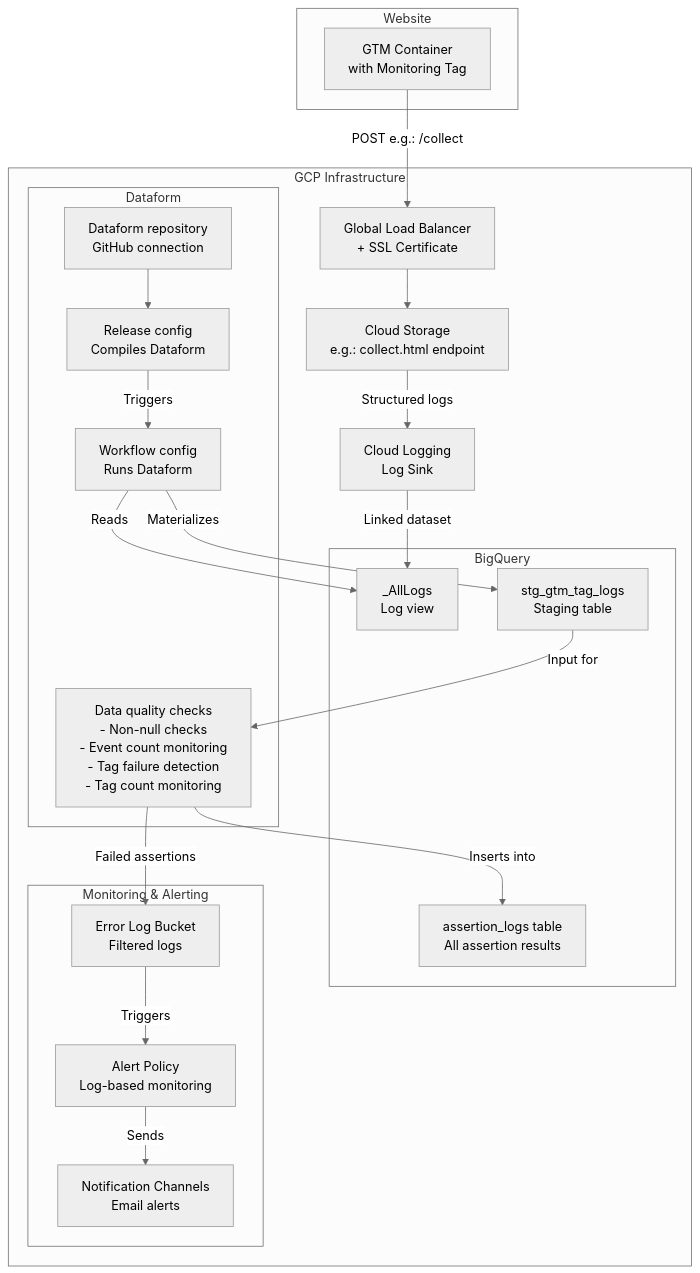
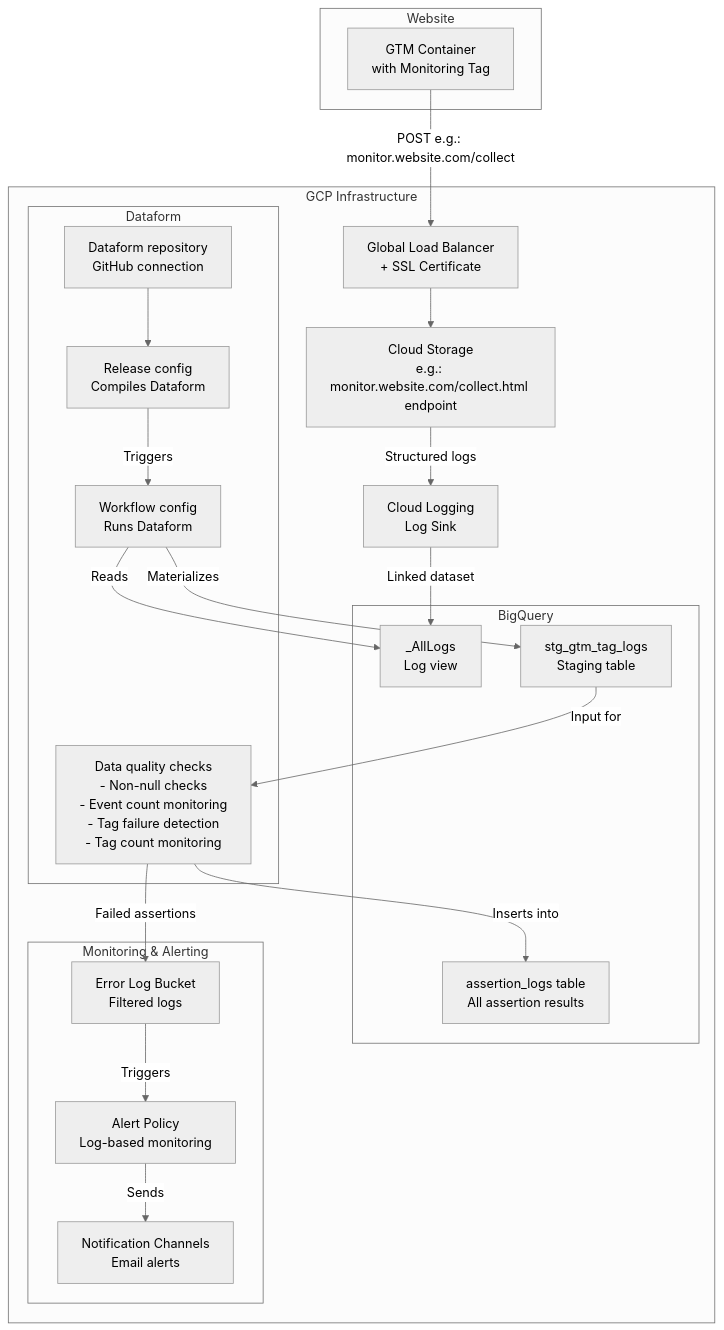
One commit to netzstrategen/gtm-monitoring-gcp changed the diagram in README.md. Above: the diagram before and after it, drawn with Mermaid (neutral theme).

````diff
--- a/README.md
+++ b/README.md
@@ -11,47 +11,47 @@
 ```mermaid
 graph TB
     subgraph "Website"
         GTM[GTM Container<br/>with Monitoring Tag]
     end
     
     subgraph "GCP Infrastructure"
         LB[Global Load Balancer<br/>+ SSL Certificate]
-        GCS[Cloud Storage<br/>e.g.: collect.html endpoint]
+        GCS[Cloud Storage<br/>e.g.: monitor.website.com/collect.html endpoint]
         Logs[Cloud Logging<br/>Log Sink]
         
         subgraph "BigQuery"
             LogView[_AllLogs<br/>Log view]
             Staging[stg_gtm_tag_logs<br/>Staging table]
             AssertionLogs[assertion_logs table<br/>All assertion results]
         end
         
         subgraph "Dataform"
             DF_Repo[Dataform repository<br/>GitHub connection]
             DF_Release[Release config<br/>Compiles Dataform]
             DF_Workflow[Workflow config<br/>Runs Dataform]
             DF_Assert[Data quality checks<br/>- Non-null checks<br/>- Event count monitoring<br/>- Tag failure detection<br/>- Tag count monitoring]
         end
         
         subgraph "Monitoring & Alerting"
             ErrorBucket[Error Log Bucket<br/>Filtered logs]
             AlertPolicy[Alert Policy<br/>Log-based monitoring]
             NotifChannel[Notification Channels<br/>Email alerts]
         end
     end
     
-    GTM -->|POST e.g.: /collect| LB
+    GTM -->|POST e.g.: monitor.website.com/collect| LB
     LB --> GCS
     GCS -->|Structured logs| Logs
     Logs -->|Linked dataset| LogView
     
     DF_Repo --> DF_Release
     DF_Release -->|Triggers| DF_Workflow
     DF_Workflow -->|Reads| LogView
     DF_Workflow -->|Materializes| Staging
     Staging -->|Input for| DF_Assert
     
     DF_Assert -->|Failed assertions| ErrorBucket
     DF_Assert -->|Inserts into| AssertionLogs
     ErrorBucket -->|Triggers| AlertPolicy
     AlertPolicy -->|Sends| NotifChannel
 ```
````
